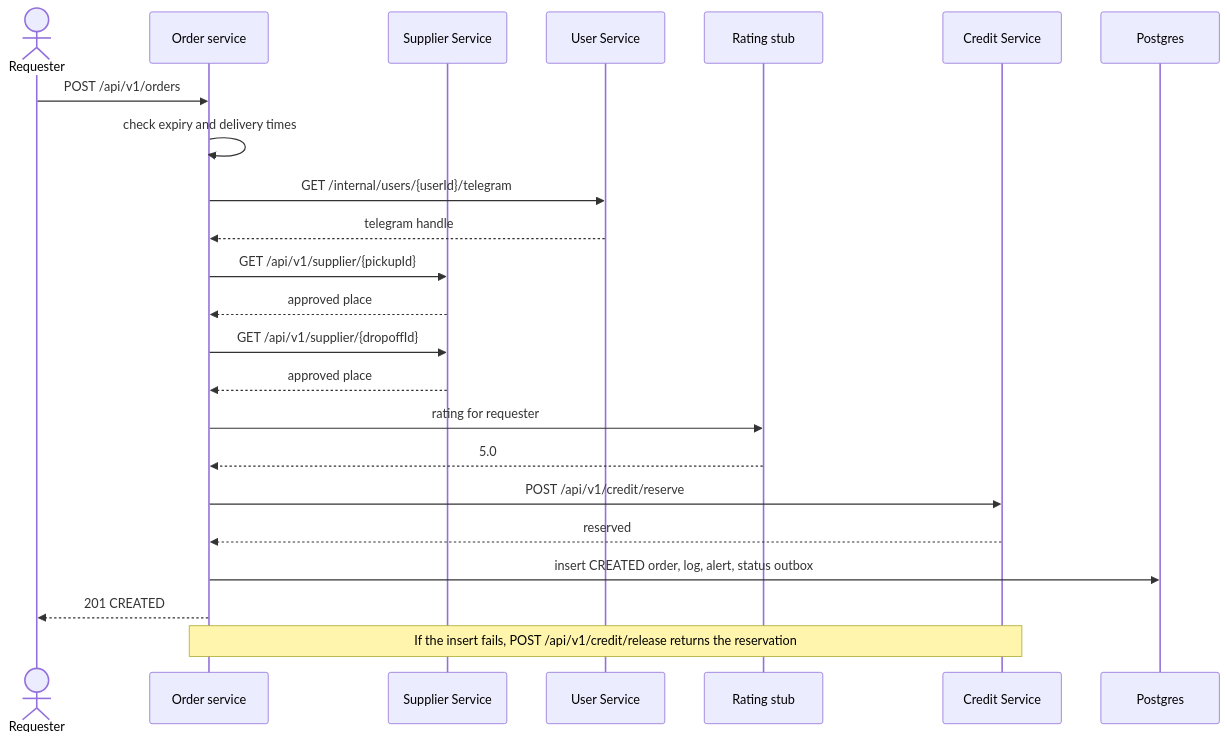
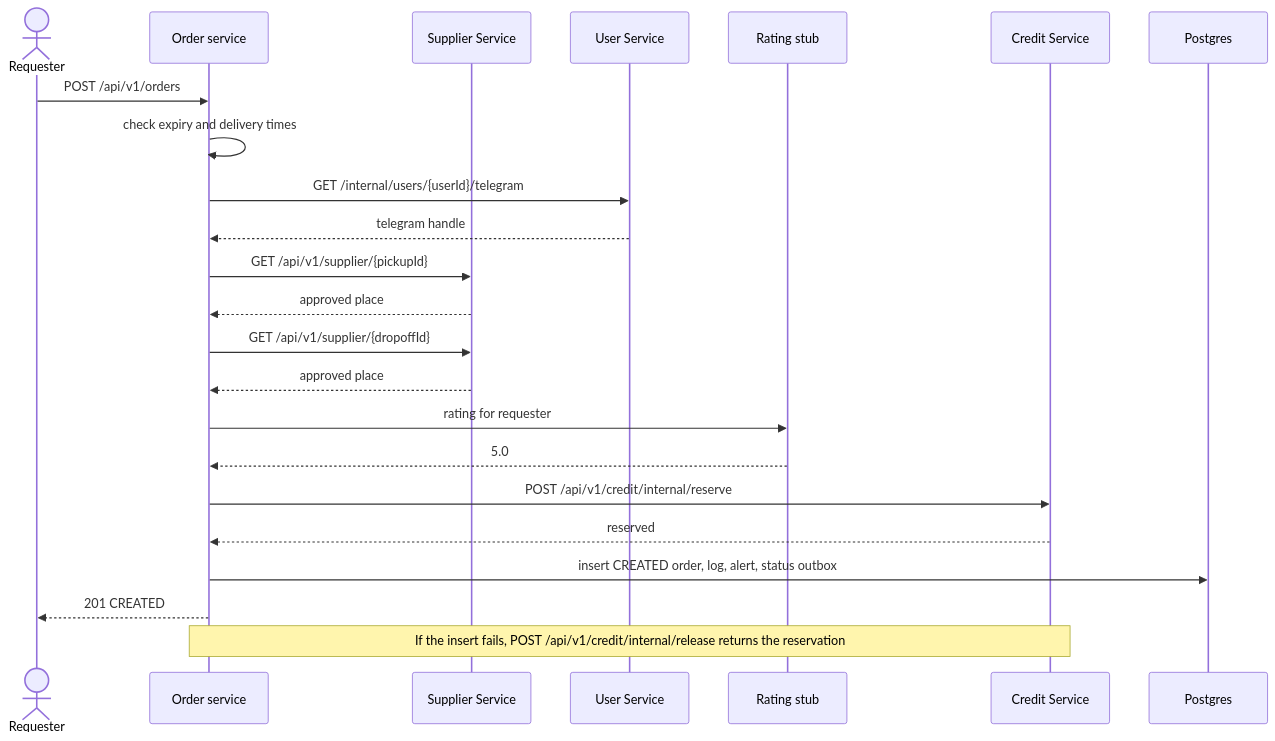
Before and after one commit to junngithub/AY2627S1-CS3219-P15: the diagram in order-service/docs/seq-create.mmd, drawn with Mermaid. The commit also changed 14 other files, not shown here.

First line of the commit message:
refactor(credit): move reserve/release under /internal

```diff
--- a/order-service/docs/seq-create.mmd
+++ b/order-service/docs/seq-create.mmd
@@ -1,24 +1,24 @@
 sequenceDiagram
     actor Requester
     participant Orders as Order service
     participant Supplier as Supplier Service
     participant Users as User Service
     participant Rating as Rating stub
     participant Credit as Credit Service
     participant DB as Postgres
 
     Requester->>Orders: POST /api/v1/orders
     Orders->>Orders: check expiry and delivery times
     Orders->>Users: GET /internal/users/{userId}/telegram
     Users-->>Orders: telegram handle
     Orders->>Supplier: GET /api/v1/supplier/{pickupId}
     Supplier-->>Orders: approved place
     Orders->>Supplier: GET /api/v1/supplier/{dropoffId}
     Supplier-->>Orders: approved place
     Orders->>Rating: rating for requester
     Rating-->>Orders: 5.0
-    Orders->>Credit: POST /api/v1/credit/reserve
+    Orders->>Credit: POST /api/v1/credit/internal/reserve
     Credit-->>Orders: reserved
     Orders->>DB: insert CREATED order, log, alert, status outbox
     Orders-->>Requester: 201 CREATED
-    Note over Orders,Credit: If the insert fails, POST /api/v1/credit/release returns the reservation
+    Note over Orders,Credit: If the insert fails, POST /api/v1/credit/internal/release returns the reservation
```
